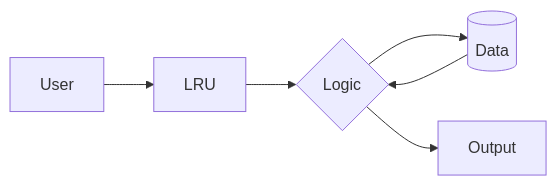
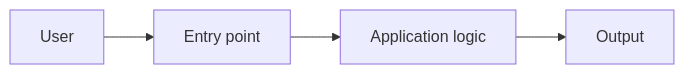
The diagram in README.md (ALPHAMAN-0/LRU), drawn with Mermaid before and after one commit.

Commit message:
docs: replace generic architecture diagram with real one

````diff
--- a/README.md
+++ b/README.md
@@ -10,8 +10,6 @@
 ```mermaid
 flowchart LR
-    A[User] --> B[LRU]
-    B --> C{Logic}
-    C --> D[(Data)]
-    C --> E[Output]
-    D --> C
+    User --> Entry[Entry point]
+    Entry --> Logic[Application logic]
+    Logic --> Output[Output]
 ```
````
